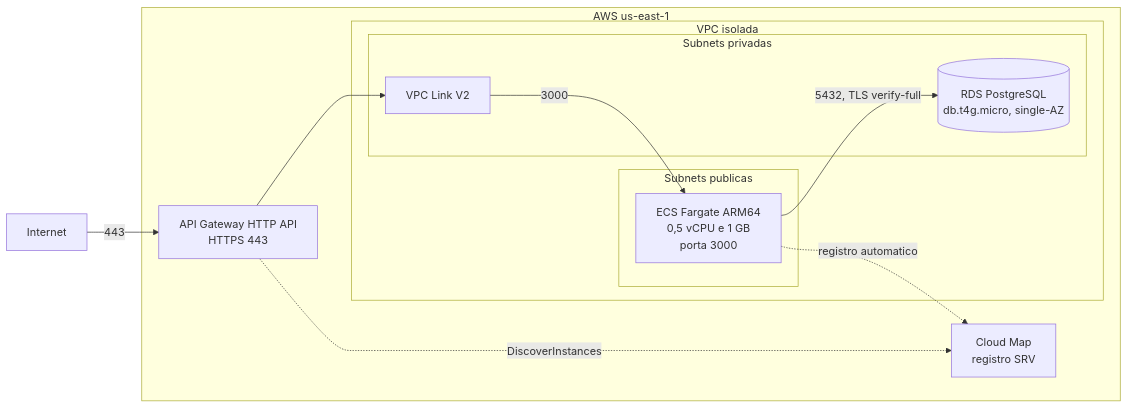
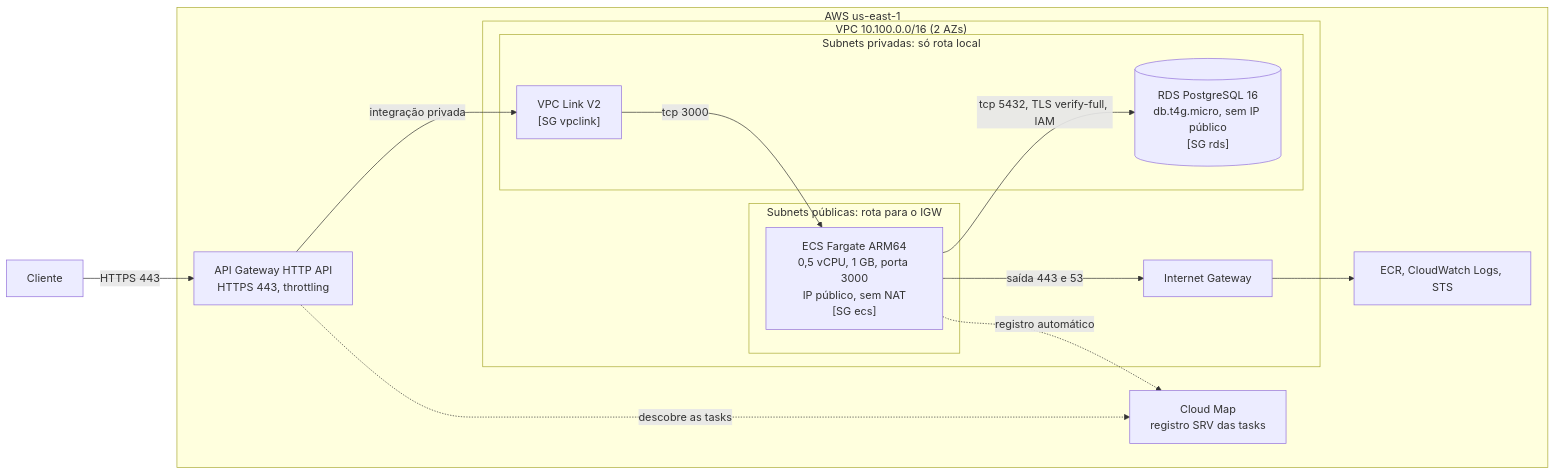
One commit to ReaperCord/simple-api changed the first of 3 diagrams in README.md. Above: the diagram before and after it, drawn with Mermaid. The commit also changed other lines of this file and 4 other files, not shown here.

````diff
--- a/README.md
+++ b/README.md
@@ -27,26 +97,30 @@
 ```mermaid
 flowchart LR
-    internet["Internet"]
+    cliente["Cliente"]
 
     subgraph aws["AWS us-east-1"]
-        apigw["API Gateway HTTP API<br/>HTTPS 443"]
-        cmap["Cloud Map<br/>registro SRV"]
+        apigw["API Gateway HTTP API<br/>HTTPS 443, throttling"]
+        cmap["Cloud Map<br/>registro SRV das tasks"]
+        servicos["ECR, CloudWatch Logs, STS"]
 
-        subgraph vpc["VPC isolada"]
-            subgraph publica["Subnets publicas"]
-                ecs["ECS Fargate ARM64<br/>0,5 vCPU e 1 GB<br/>porta 3000"]
+        subgraph vpc["VPC 10.100.0.0/16 (2 AZs)"]
+            igw["Internet Gateway"]
+            subgraph privada["Subnets privadas: só rota local"]
+                vpclink["VPC Link V2<br/>[SG vpclink]"]
+                rds[("RDS PostgreSQL 16<br/>db.t4g.micro, sem IP público<br/>[SG rds]")]
             end
-            subgraph privada["Subnets privadas"]
-                vpclink["VPC Link V2"]
-                rds[("RDS PostgreSQL<br/>db.t4g.micro, single-AZ")]
+            subgraph publica["Subnets públicas: rota para o IGW"]
+                ecs["ECS Fargate ARM64<br/>0,5 vCPU, 1 GB, porta 3000<br/>IP público, sem NAT<br/>[SG ecs]"]
             end
         end
     end
 
-    internet -->|"443"| apigw
-    apigw -.->|"DiscoverInstances"| cmap
-    apigw --> vpclink
-    vpclink -->|"3000"| ecs
-    ecs -->|"5432, TLS verify-full"| rds
-    ecs -.->|"registro automatico"| cmap
+    cliente -->|"HTTPS 443"| apigw
+    apigw -.->|"descobre as tasks"| cmap
+    apigw -->|"integração privada"| vpclink
+    vpclink -->|"tcp 3000"| ecs
+    ecs -->|"tcp 5432, TLS verify-full, IAM"| rds
+    ecs -.->|"registro automático"| cmap
+    ecs -->|"saída 443 e 53"| igw
+    igw --> servicos
 ```
````
